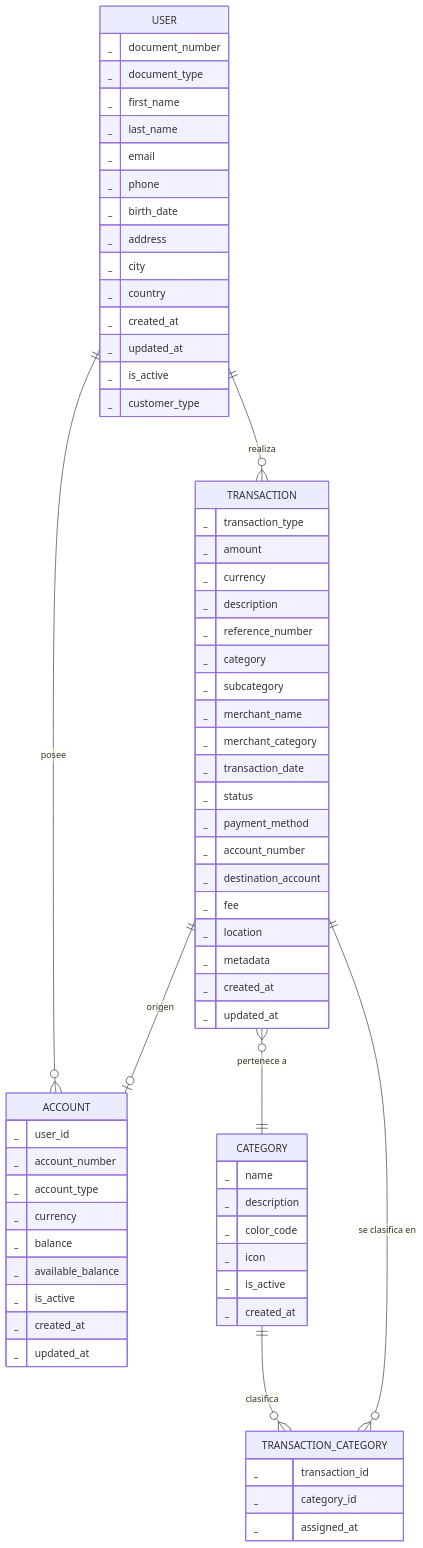
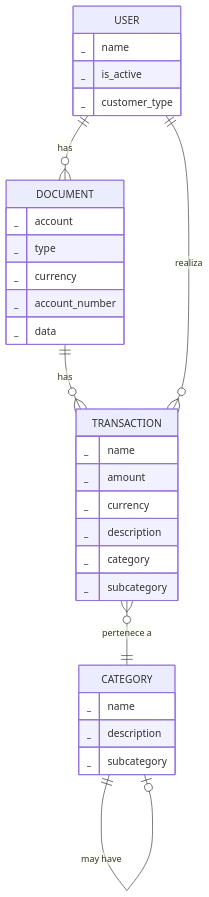
Before and after one commit to josueelias9/improving-BCP-organizate: the diagram in new-service/UML.md, drawn with Mermaid. The commit also changed 2 other files, not shown here.

Commit message:
feat: Update PDF processing to include transaction IDs and enhance UML documentation

````diff
--- a/new-service/UML.md
+++ b/new-service/UML.md
@@ -5,76 +5,41 @@
 ```mermaid
 erDiagram
     USER {
-        _ document_number
-        _ document_type
-        _ first_name
-        _ last_name
-        _ email
-        _ phone
-        _ birth_date
-        _ address
-        _ city
-        _ country
-        _ created_at
-        _ updated_at
+        _ name
         _ is_active
         _ customer_type
     }
 
     TRANSACTION {
-        _ transaction_type
+        _ name
         _ amount
         _ currency
         _ description
-        _ reference_number
         _ category
         _ subcategory
-        _ merchant_name
-        _ merchant_category
-        _ transaction_date
-        _ status
-        _ payment_method
-        _ account_number
-        _ destination_account
-        _ fee
-        _ location
-        _ metadata
-        _ created_at
-        _ updated_at
-    }
-
-    ACCOUNT {
-        _ user_id
-        _ account_number
-        _ account_type
-        _ currency
-        _ balance
-        _ available_balance
-        _ is_active
-        _ created_at
-        _ updated_at
     }
 
     CATEGORY {
         _ name
         _ description
-        _ color_code
-        _ icon
-        _ is_active
-        _ created_at
+        _ subcategory
     }
 
-    TRANSACTION_CATEGORY {
-        _ transaction_id
-        _ category_id
-        _ assigned_at
+
+
+    DOCUMENT {
+        _ account
+        _ type
+        _ currency
+        _ account_number
+        _ data
     }
 
+
     %% Relaciones
+    USER ||--o{ DOCUMENT : "has"
+    DOCUMENT ||--o{ TRANSACTION : "has"
     USER ||--o{ TRANSACTION : "realiza"
-    USER ||--o{ ACCOUNT : "posee"
     TRANSACTION }o--|| CATEGORY : "pertenece a"
-    TRANSACTION ||--o| ACCOUNT : "origen"
-    CATEGORY ||--o{ TRANSACTION_CATEGORY : "clasifica"
-    TRANSACTION ||--o{ TRANSACTION_CATEGORY : "se clasifica en"
+    CATEGORY ||--o| CATEGORY : "may have"
 ```
````
